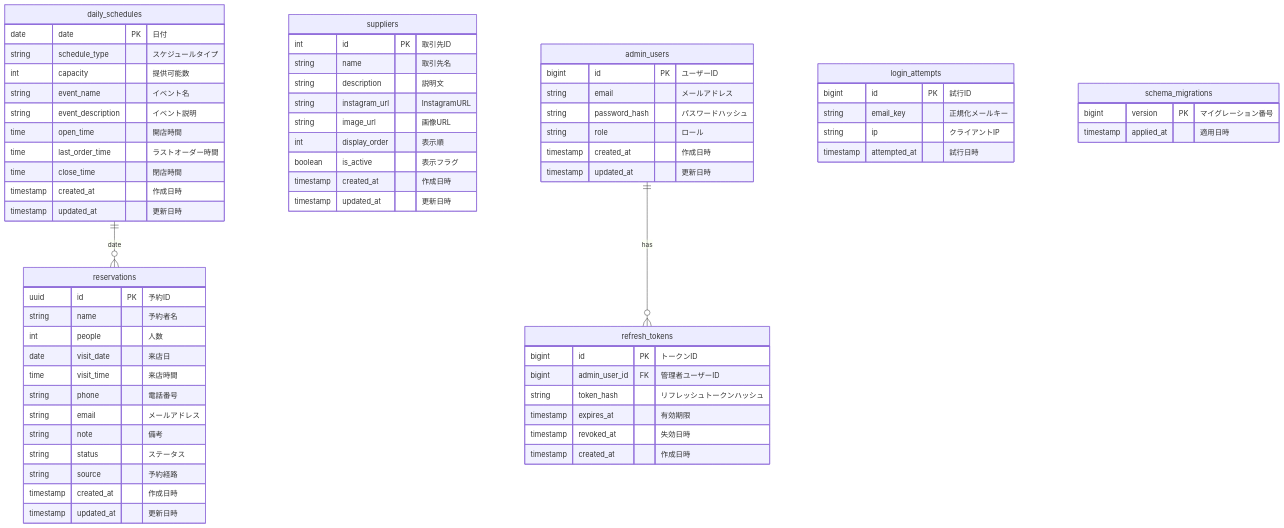
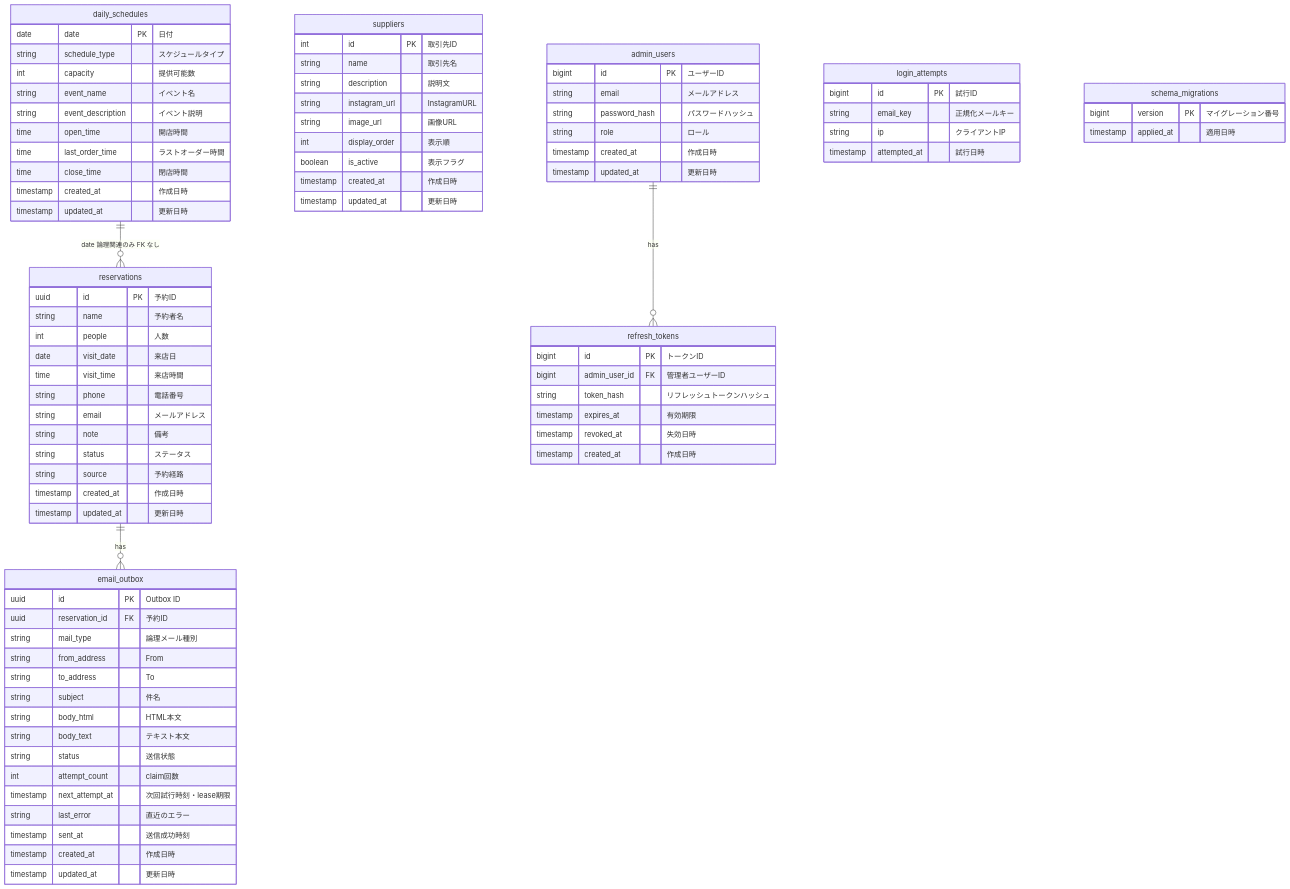
One commit to cergijame101007/satehits changed the first of 2 diagrams in docs/table_design.md. Above: the diagram before and after it, drawn with Mermaid. The commit also changed other lines of this file and 3 other files, not shown here.

````diff
--- a/docs/table_design.md
+++ b/docs/table_design.md
@@ -69,11 +69,30 @@
         timestamp attempted_at "試行日時"
     }
 
+    email_outbox {
+        uuid id PK "Outbox ID"
+        uuid reservation_id FK "予約ID"
+        string mail_type "論理メール種別"
+        string from_address "From"
+        string to_address "To"
+        string subject "件名"
+        string body_html "HTML本文"
+        string body_text "テキスト本文"
+        string status "送信状態"
+        int attempt_count "claim回数"
+        timestamp next_attempt_at "次回試行時刻・lease期限"
+        string last_error "直近のエラー"
+        timestamp sent_at "送信成功時刻"
+        timestamp created_at "作成日時"
+        timestamp updated_at "更新日時"
+    }
+
     schema_migrations {
         bigint version PK "マイグレーション番号"
         timestamp applied_at "適用日時"
     }
 
-    daily_schedules ||--o{ reservations : "date"
+    daily_schedules ||--o{ reservations : "date 論理関連のみ FK なし"
     admin_users ||--o{ refresh_tokens : "has"
+    reservations ||--o{ email_outbox : "has"
 ```
````
